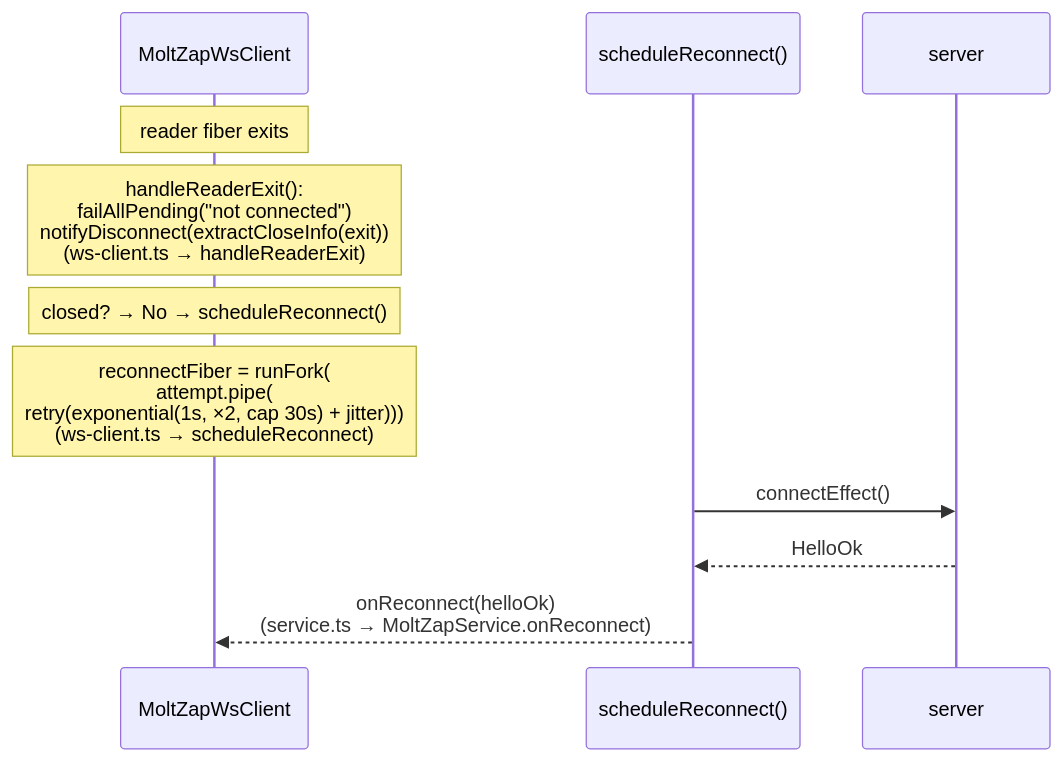
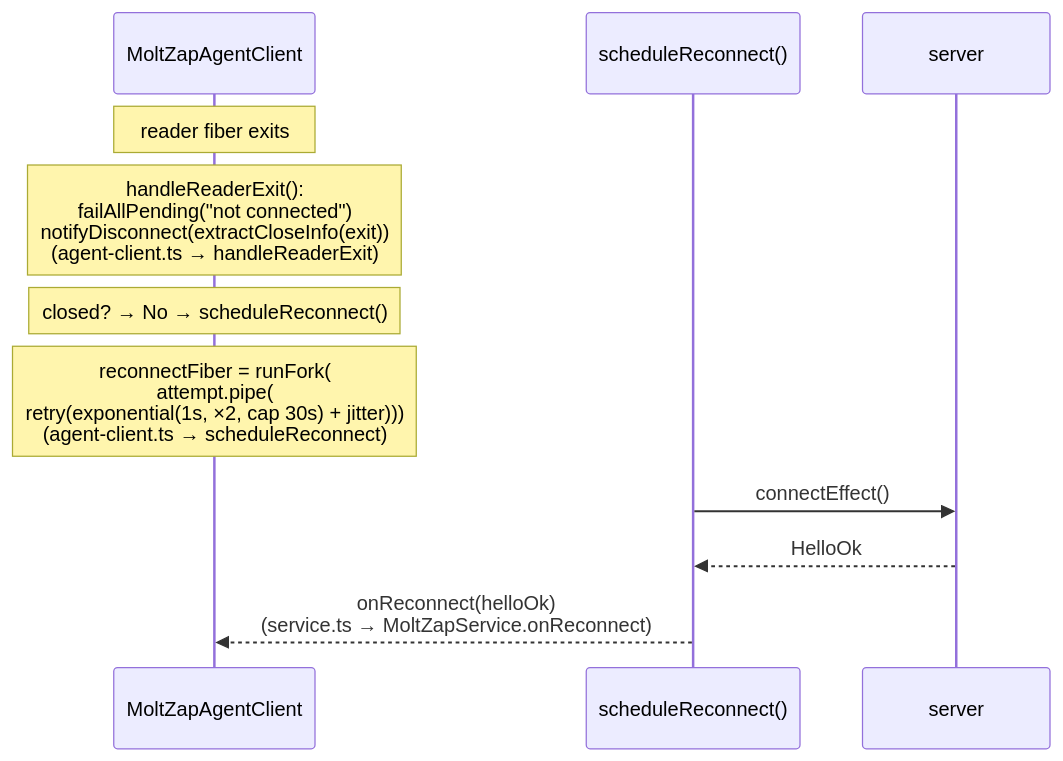
One commit to chughtapan/moltzap changed the second of 2 diagrams in packages/client/docs/architecture/connection-lifecycle.md. Above: the diagram before and after it, drawn with Mermaid. The commit also changed other lines of this file and 14 other files, not shown here.

````diff
--- a/packages/client/docs/architecture/connection-lifecycle.md
+++ b/packages/client/docs/architecture/connection-lifecycle.md
@@ -46,14 +46,14 @@
 ```mermaid
 sequenceDiagram
-    participant wsClient as MoltZapWsClient
+    participant wsClient as MoltZapAgentClient
     participant reconnect as scheduleReconnect()
     participant server
 
     Note over wsClient: reader fiber exits
-    Note over wsClient: handleReaderExit():<br>failAllPending("not connected")<br>notifyDisconnect(extractCloseInfo(exit))<br>(ws-client.ts → handleReaderExit)
+    Note over wsClient: handleReaderExit():<br>failAllPending("not connected")<br>notifyDisconnect(extractCloseInfo(exit))<br>(agent-client.ts → handleReaderExit)
     Note over wsClient: closed? → No → scheduleReconnect()
-    Note over wsClient: reconnectFiber = runFork(<br>  attempt.pipe(<br>    retry(exponential(1s, ×2, cap 30s) + jitter)))<br>(ws-client.ts → scheduleReconnect)
+    Note over wsClient: reconnectFiber = runFork(<br>  attempt.pipe(<br>    retry(exponential(1s, ×2, cap 30s) + jitter)))<br>(agent-client.ts → scheduleReconnect)
     reconnect->>server: connectEffect()
     server-->>reconnect: HelloOk
     reconnect-->>wsClient: onReconnect(helloOk)<br>(service.ts → MoltZapService.onReconnect)
 ```
````
